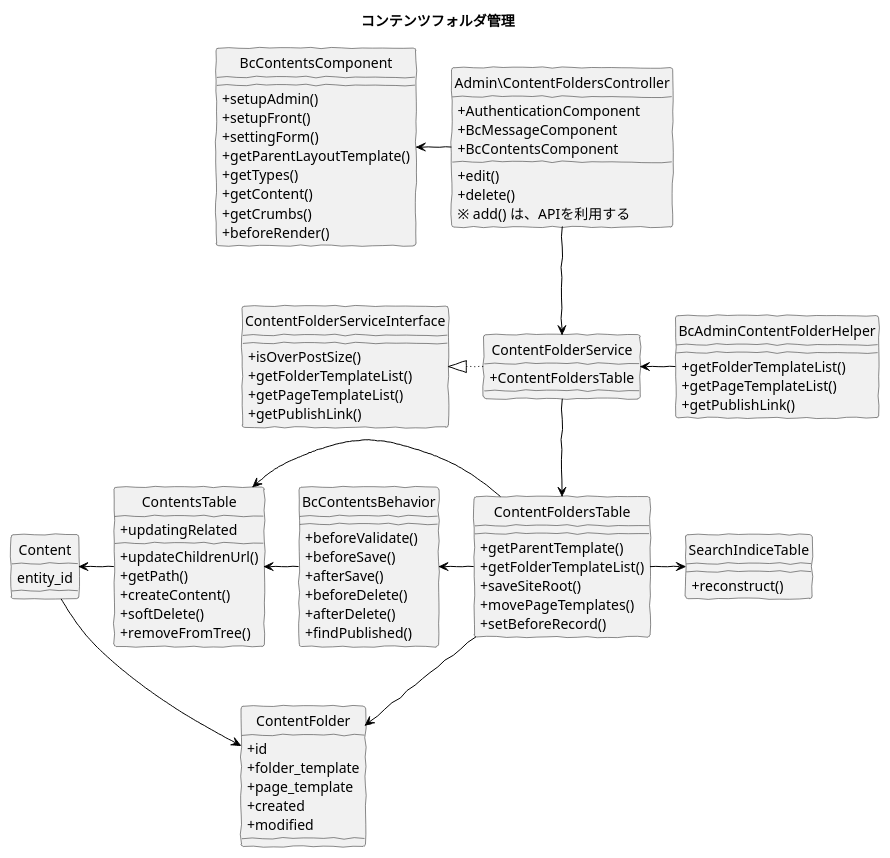
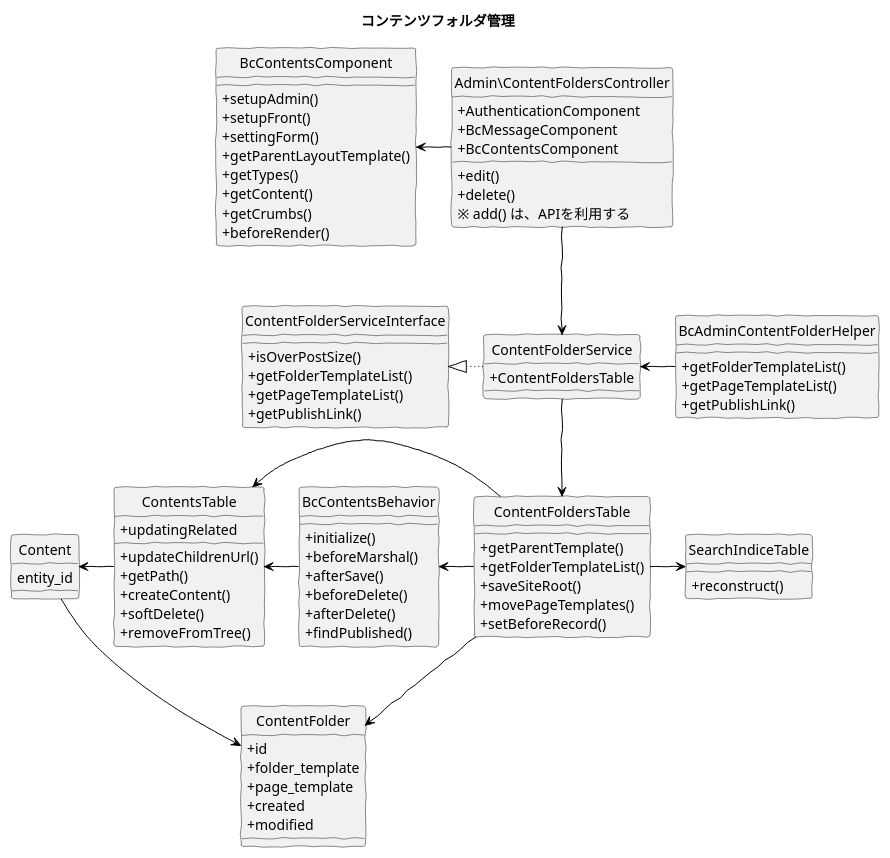
The diagram in src/puml/5/ucmitz/class/manage_content_folders.puml (baserproject/baserproject.github.io), drawn with PlantUML before and after one commit. The commit also changed 6 other files, not shown here.

```diff
--- a/src/puml/5/ucmitz/class/manage_content_folders.puml
+++ b/src/puml/5/ucmitz/class/manage_content_folders.puml
@@ -1,106 +1,106 @@
 @startuml
 skinparam handwritten true
 hide circle
 skinparam classAttributeIconSize 0
 
 title コンテンツフォルダ管理
 
 class BcContentsComponent {
     + setupAdmin()
     + setupFront()
     + settingForm()
     + getParentLayoutTemplate()
     + getTypes()
     + getContent()
     + getCrumbs()
     + beforeRender()
 }
 
 class Admin\ContentFoldersController {
     + AuthenticationComponent
     + BcMessageComponent
     + BcContentsComponent
     + edit()
     + delete()
     ※ add() は、APIを利用する
 }
 
 class BcAdminContentFolderHelper {
     + getFolderTemplateList()
     + getPageTemplateList()
     + getPublishLink()
 }
 
 class ContentFolderService {
     + ContentFoldersTable
 }
 
 class ContentFolderServiceInterface {
     + isOverPostSize()
     + getFolderTemplateList()
     + getPageTemplateList()
     + getPublishLink()
 }
 
 class ContentFoldersTable {
     + getParentTemplate()
     + getFolderTemplateList()
     + saveSiteRoot()
     + movePageTemplates()
     + setBeforeRecord()
 }
 
 class SearchIndiceTable {
     + reconstruct()
 }
 
 class ContentFolder {
     + id
     + folder_template
     + page_template
     + created
     + modified
 }
 
 class BcContentsBehavior {
-    + beforeValidate()
-    + beforeSave()
+    + initialize()
+    + beforeMarshal()
     + afterSave()
     + beforeDelete()
     + afterDelete()
     + findPublished()
 }
 
 class ContentsTable {
     + updatingRelated
     + updateChildrenUrl()
     + getPath()
     + createContent()
     + softDelete()
     + removeFromTree()
 }
 
 class Content {
 	entity_id
 }
 
 Admin\ContentFoldersController -left[#Black]-> BcContentsComponent
 Admin\ContentFoldersController -down[#Black]-> ContentFolderService
 
 BcAdminContentFolderHelper -left[#Black]-> ContentFolderService
 
 ContentFolderService -left[dotted,#Black]-|> ContentFolderServiceInterface
 ContentFolderService -down[#Black]-> ContentFoldersTable
 
 ContentFoldersTable -right[#Black]-> SearchIndiceTable
 ContentFoldersTable -left[#Black]-> BcContentsBehavior
 ContentFoldersTable -left[#Black]-> ContentsTable
 ContentFoldersTable -down[#Black]-> ContentFolder
 
 BcContentsBehavior -left[#Black]-> ContentsTable
 
 ContentsTable -left[#Black]-> Content
 
 ContentFolder <-[#Black]- Content
 
 @enduml
```
